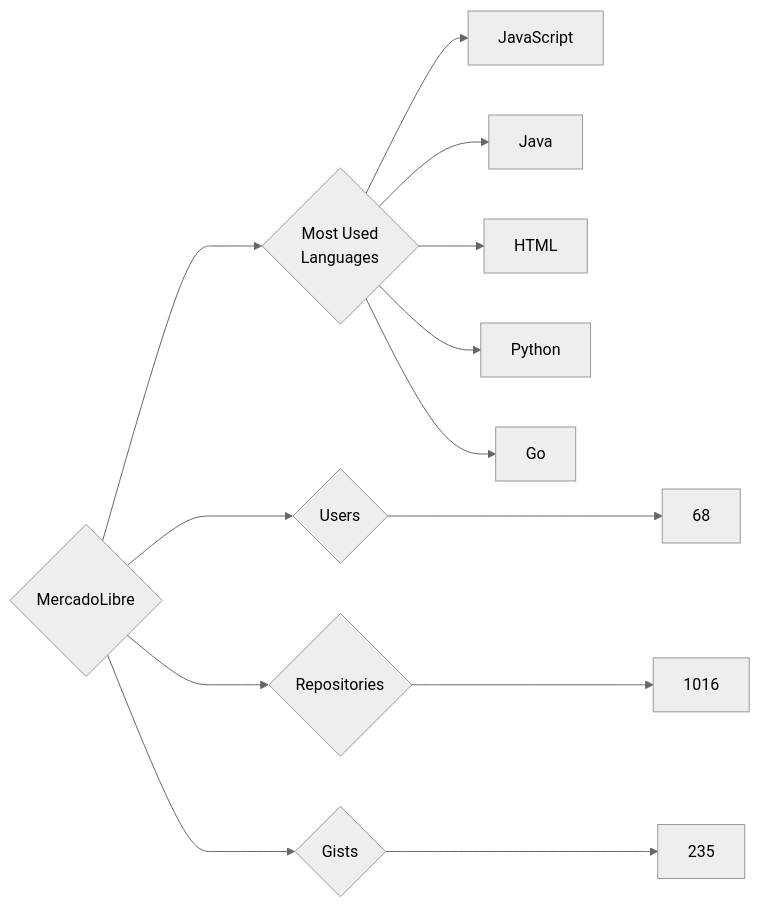
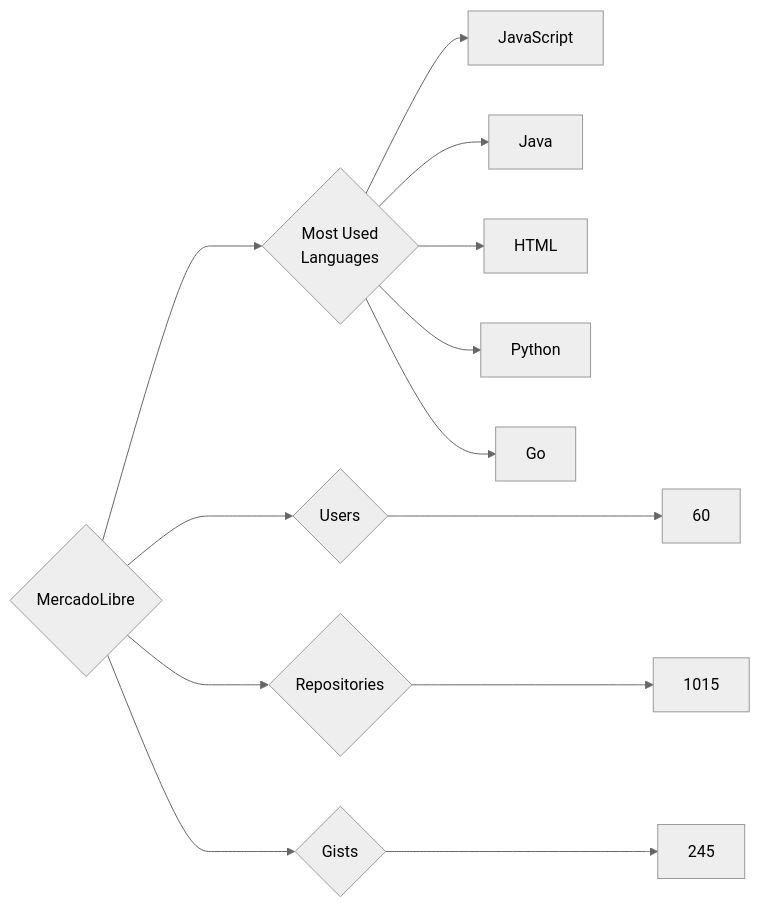
One commit to trickest/insiders changed the diagram in targets/MercadoLibre/README.md. Above: the diagram before and after it, drawn with Mermaid (neutral theme). The commit also changed 829 other files, not shown here.

````diff
--- a/targets/MercadoLibre/README.md
+++ b/targets/MercadoLibre/README.md
@@ -3,13 +3,13 @@
 ```mermaid
 graph LR
 COMPANY_NAME{MercadoLibre}
-COMPANY_NAME ---> U{Users} ---> UN[68]
-COMPANY_NAME ---> R{Repositories} ---> RN[1016]
-COMPANY_NAME ---> G{Gists} ---> GN[235]
+COMPANY_NAME ---> U{Users} ---> UN[60]
+COMPANY_NAME ---> R{Repositories} ---> RN[1015]
+COMPANY_NAME ---> G{Gists} ---> GN[245]
 COMPANY_NAME ---> ML{Most Used<br>Languages}
 ML --> JavaScript[JavaScript]
 ML --> Java[Java]
 ML --> HTML[HTML]
 ML --> Python[Python]
 ML --> Go[Go]
 ```
````
